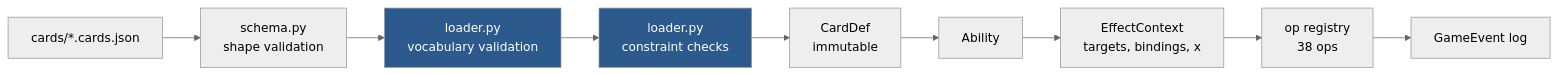
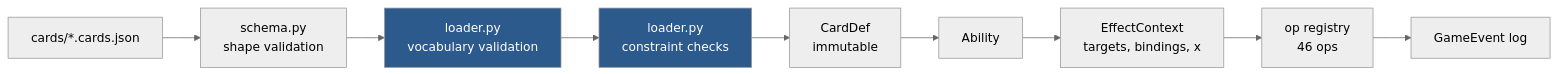
Before and after one commit to TylerGauntlett/commander-blitz: the diagram in docs/card-dsl.md, drawn with Mermaid (neutral theme). The commit also changed other lines of this file and 59 other files, not shown here.

````diff
--- a/docs/card-dsl.md
+++ b/docs/card-dsl.md
@@ -6,14 +6,14 @@
 ```mermaid
 flowchart LR
     json["cards/*.cards.json"] --> pydantic["schema.py<br/>shape validation"]
     pydantic --> vocab["loader.py<br/>vocabulary validation"]
     vocab --> constraints["loader.py<br/>constraint checks"]
     constraints --> carddef["CardDef<br/>immutable"]
     carddef --> ability["Ability"]
     ability --> ctx["EffectContext<br/>targets, bindings, x"]
-    ctx --> ops["op registry<br/>38 ops"]
+    ctx --> ops["op registry<br/>46 ops"]
     ops --> events["GameEvent log"]
 
     style vocab fill:#2d5a8c,color:#fff
     style constraints fill:#2d5a8c,color:#fff
 ```
````
